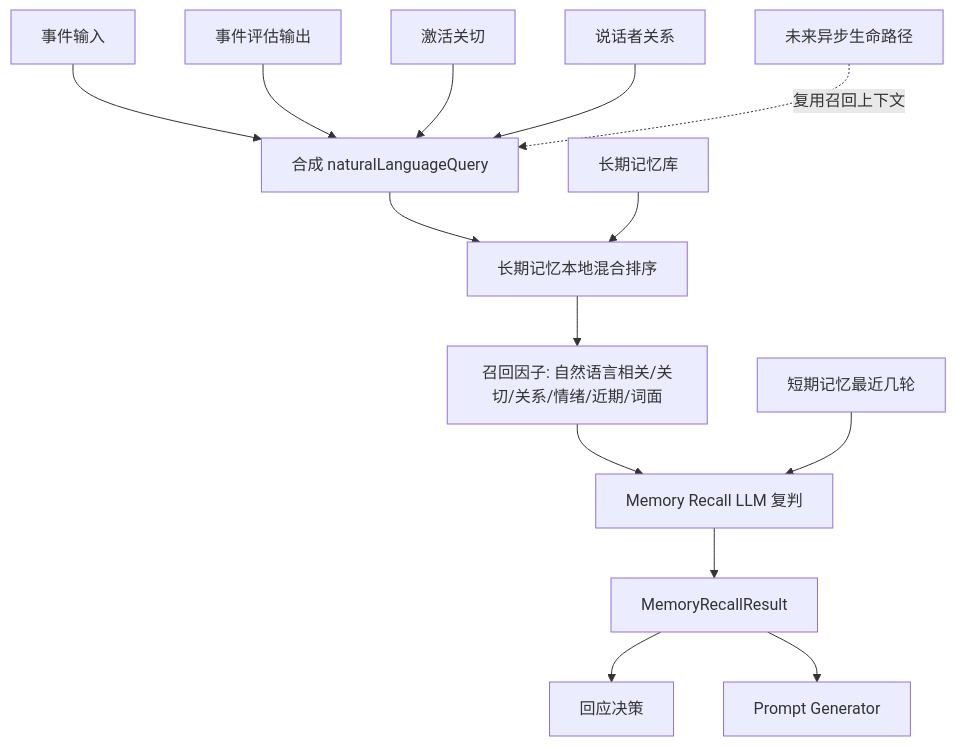
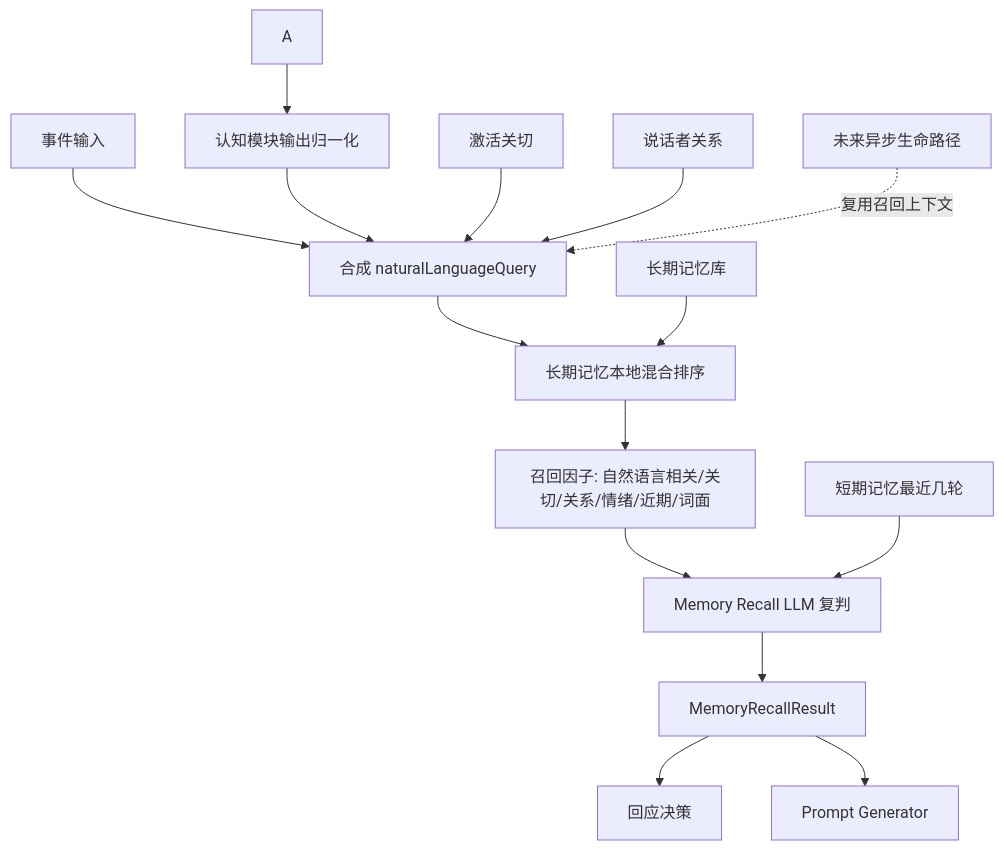
One commit to ttmanthatman/virtual-human-flow changed the fifth of 9 diagrams in docs/SYSTEM_FLOW.md. Above: the diagram before and after it, drawn with Mermaid. The commit also changed other lines of this file and 6 other files, not shown here.

````diff
--- a/docs/SYSTEM_FLOW.md
+++ b/docs/SYSTEM_FLOW.md
@@ -113,16 +115,17 @@
 ```mermaid
 flowchart TD
     E[事件输入] --> Q[合成 naturalLanguageQuery]
-    A[事件评估输出] --> Q
+    A --> N[认知模块输出归一化]
+    N --> Q
     C[激活关切] --> Q
     R[说话者关系] --> Q
     Q --> S[长期记忆本地混合排序]
     L[长期记忆库] --> S
     S --> F[召回因子: 自然语言相关/关切/关系/情绪/近期/词面]
     F --> M[Memory Recall LLM 复判]
     B[短期记忆最近几轮] --> M
     M --> O[MemoryRecallResult]
     O --> D[回应决策]
     O --> P[Prompt Generator]
     X[未来异步生命路径] -. 复用召回上下文 .-> Q
 ```
````
